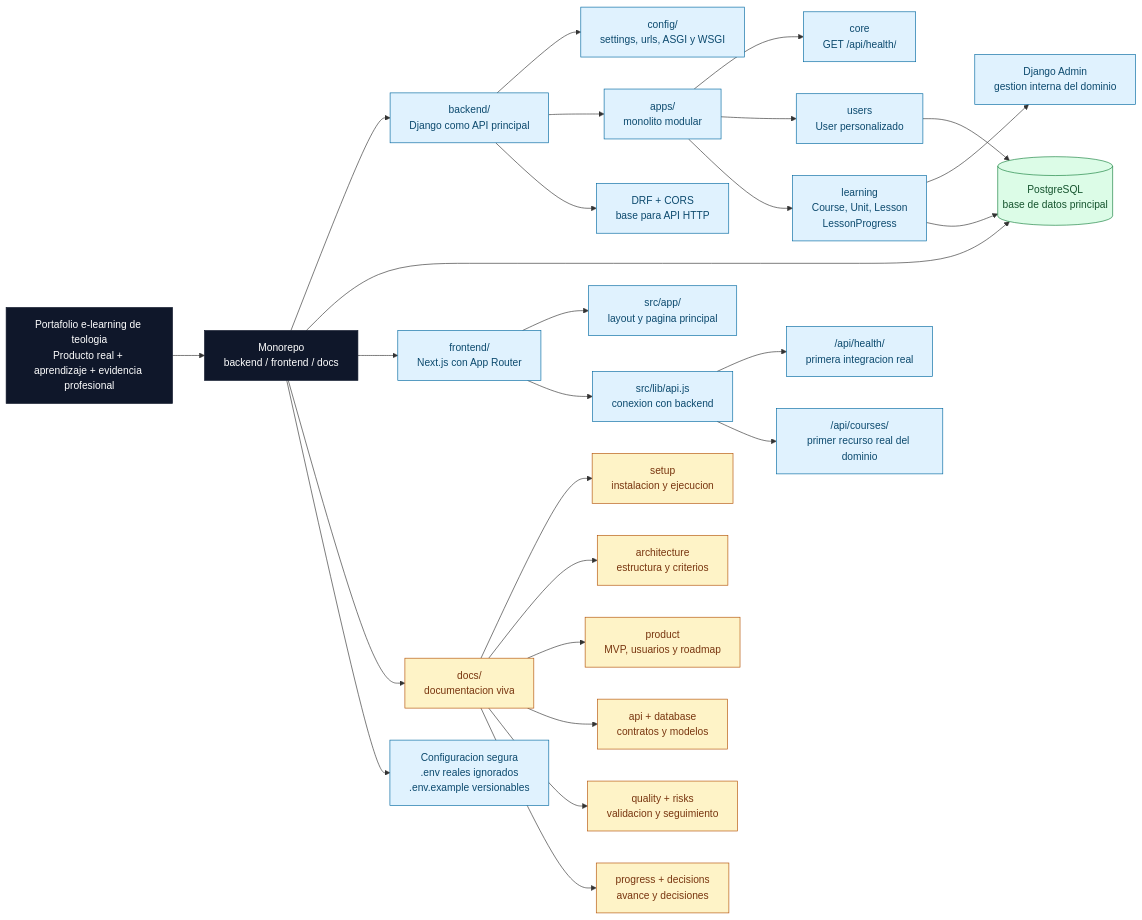
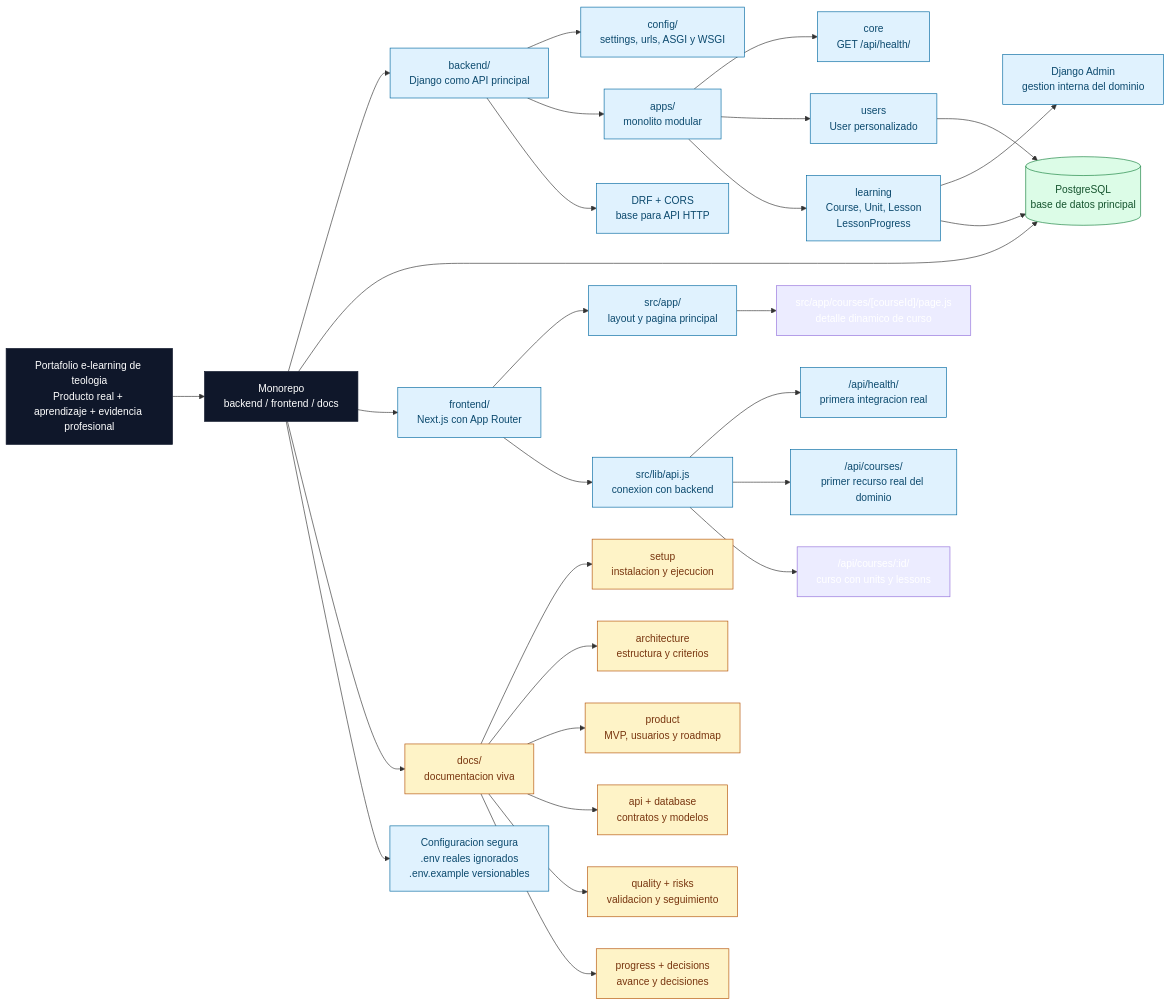
The diagram in README.md (fcamusr/portafolio-e-learning-teologia), drawn with Mermaid before and after one commit. The commit also changed other lines of this file and 19 other files, not shown here.

First line of the commit message:
feat: implementar detalle de curso

````diff
--- a/README.md
+++ b/README.md
@@ -23,45 +23,47 @@
 ```mermaid
 flowchart LR
   Proyecto["Portafolio e-learning de teologia<br/>Producto real + aprendizaje + evidencia profesional"]
 
   Proyecto --> Repo["Monorepo<br/>backend / frontend / docs"]
 
   Repo --> Backend["backend/<br/>Django como API principal"]
   Backend --> Config["config/<br/>settings, urls, ASGI y WSGI"]
   Backend --> Apps["apps/<br/>monolito modular"]
   Apps --> Core["core<br/>GET /api/health/"]
   Apps --> Users["users<br/>User personalizado"]
   Apps --> Learning["learning<br/>Course, Unit, Lesson<br/>LessonProgress"]
   Learning --> Admin["Django Admin<br/>gestion interna del dominio"]
   Backend --> DRF["DRF + CORS<br/>base para API HTTP"]
 
   Repo --> Database[("PostgreSQL<br/>base de datos principal")]
   Learning --> Database
   Users --> Database
 
   Repo --> Frontend["frontend/<br/>Next.js con App Router"]
   Frontend --> AppRouter["src/app/<br/>layout y pagina principal"]
   Frontend --> ApiClient["src/lib/api.js<br/>conexion con backend"]
   ApiClient --> Health["/api/health/<br/>primera integracion real"]
   ApiClient --> Courses["/api/courses/<br/>primer recurso real del dominio"]
+  AppRouter --> CoursePage["src/app/courses/[courseId]/page.js<br/>detalle dinamico de curso"]
+  ApiClient --> CourseDetail["/api/courses/:id/<br/>curso con units y lessons"]
 
   Repo --> Docs["docs/<br/>documentacion viva"]
   Docs --> Setup["setup<br/>instalacion y ejecucion"]
   Docs --> Architecture["architecture<br/>estructura y criterios"]
   Docs --> Product["product<br/>MVP, usuarios y roadmap"]
   Docs --> ApiDocs["api + database<br/>contratos y modelos"]
   Docs --> Quality["quality + risks<br/>validacion y seguimiento"]
   Docs --> Progress["progress + decisions<br/>avance y decisiones"]
 
   Repo --> Security["Configuracion segura<br/>.env reales ignorados<br/>.env.example versionables"]
 
   classDef root fill:#0f172a,stroke:#0f172a,color:#ffffff
   classDef built fill:#e0f2fe,stroke:#0369a1,color:#0c4a6e
   classDef data fill:#dcfce7,stroke:#15803d,color:#14532d
   classDef docs fill:#fef3c7,stroke:#b45309,color:#78350f
 
   class Proyecto,Repo root
   class Backend,Config,Apps,Core,Users,Learning,Admin,DRF,Frontend,AppRouter,ApiClient,Health,Courses,Security built
   class Database data
   class Docs,Setup,Architecture,Product,ApiDocs,Quality,Progress docs
 ```
````
